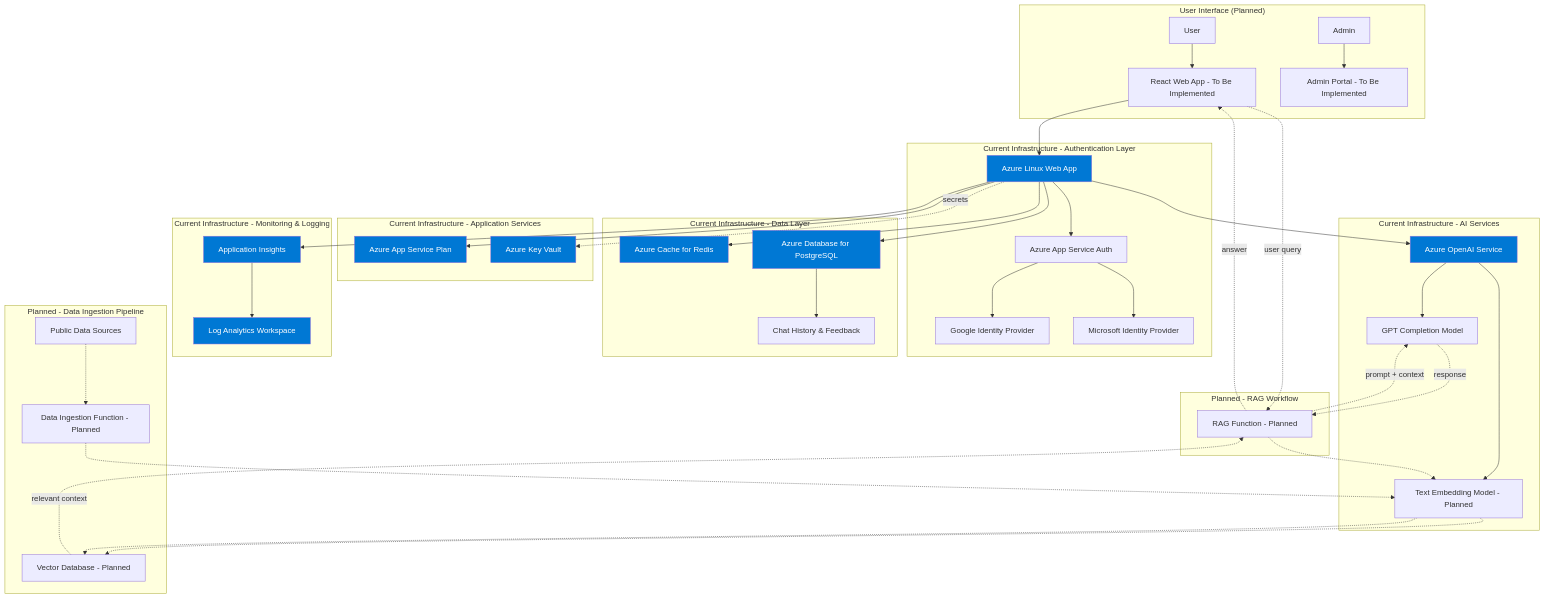
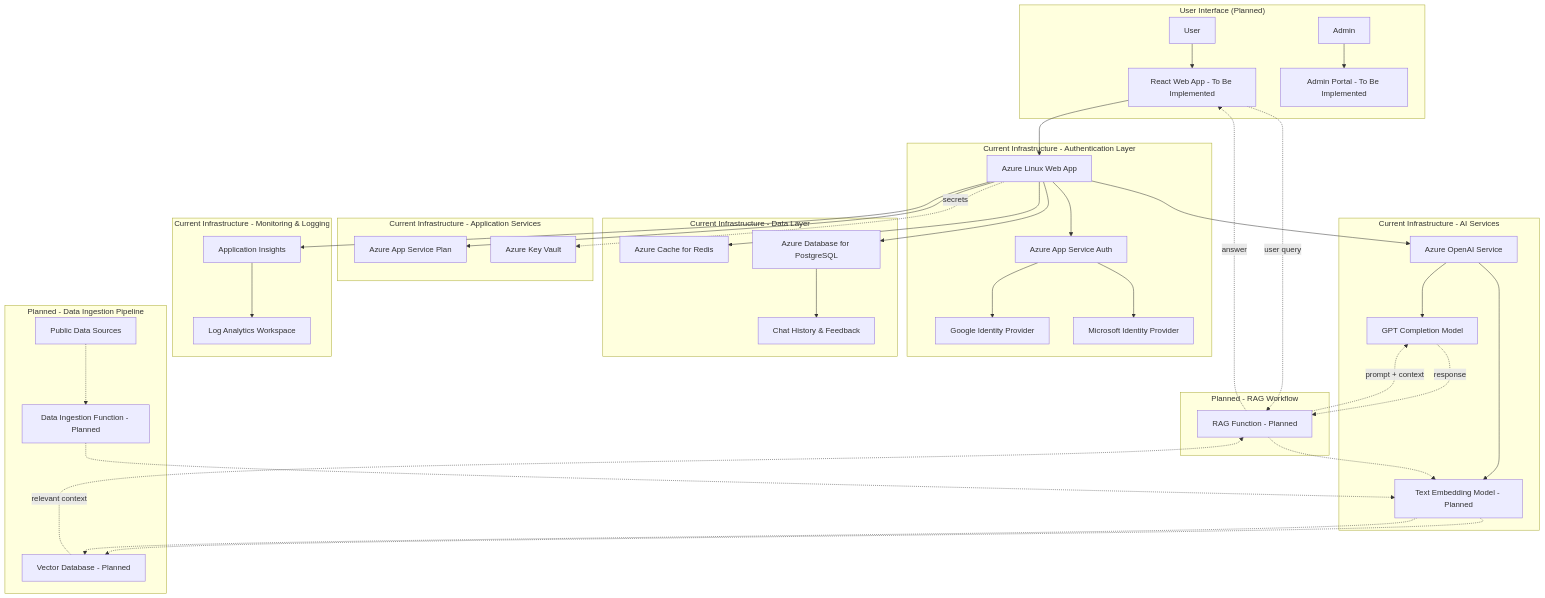
One commit to fpittelo/alpinebot changed the diagram in README.md. Above: the diagram before and after it, drawn with Mermaid. The commit also changed 1 other file, not shown here.

Commit message:
docs: improve CONTRIBUTING.md and simplify README Mermaid diagram

````diff
--- a/README.md
+++ b/README.md
@@ -63,61 +63,52 @@
 ```mermaid
 graph TD
     subgraph "User Interface (Planned)"
         User[User] --> Frontend[React Web App - To Be Implemented];
         Admin[Admin] --> AdminPortal[Admin Portal - To Be Implemented];
     end
 
     subgraph "Current Infrastructure - Authentication Layer"
         Frontend --> WebApp[Azure Linux Web App];
         WebApp --> Auth[Azure App Service Auth];
         Auth --> Google[Google Identity Provider];
         Auth --> Microsoft[Microsoft Identity Provider];
     end
 
     subgraph "Current Infrastructure - Application Services"
         WebApp --> AppPlan[Azure App Service Plan];
         WebApp -.secrets.-> KeyVault[Azure Key Vault];
     end
 
     subgraph "Current Infrastructure - AI Services"
         WebApp --> OpenAI[Azure OpenAI Service];
         OpenAI --> CompletionModel[GPT Completion Model];
         OpenAI --> EmbeddingModel[Text Embedding Model - Planned];
     end
 
     subgraph "Current Infrastructure - Data Layer"
         WebApp --> Redis[Azure Cache for Redis];
         WebApp --> PostgreSQL[Azure Database for PostgreSQL];
         PostgreSQL --> ChatHistory[Chat History & Feedback];
     end
 
     subgraph "Current Infrastructure - Monitoring & Logging"
         WebApp --> AppInsights[Application Insights];
         AppInsights --> LogAnalytics[Log Analytics Workspace];
     end
 
     subgraph "Planned - Data Ingestion Pipeline"
         DataSources[Public Data Sources] -.-> IngestionFunc[Data Ingestion Function - Planned];
         IngestionFunc -.-> EmbeddingModel;
         EmbeddingModel -.-> VectorDB[Vector Database - Planned];
     end
 
     subgraph "Planned - RAG Workflow"
         Frontend -.user query.-> RAGFunc[RAG Function - Planned];
         RAGFunc -.-> EmbeddingModel;
         EmbeddingModel -.-> VectorDB;
         VectorDB -.relevant context.-> RAGFunc;
         RAGFunc -.prompt + context.-> CompletionModel;
         CompletionModel -.response.-> RAGFunc;
         RAGFunc -.answer.-> Frontend;
     end
-
-    style WebApp fill:#0078d4,color:#fff
-    style OpenAI fill:#0078d4,color:#fff
-    style Redis fill:#0078d4,color:#fff
-    style PostgreSQL fill:#0078d4,color:#fff
-    style KeyVault fill:#0078d4,color:#fff
-    style AppInsights fill:#0078d4,color:#fff
-    style LogAnalytics fill:#0078d4,color:#fff
-    style AppPlan fill:#0078d4,color:#fff
 ```
````
